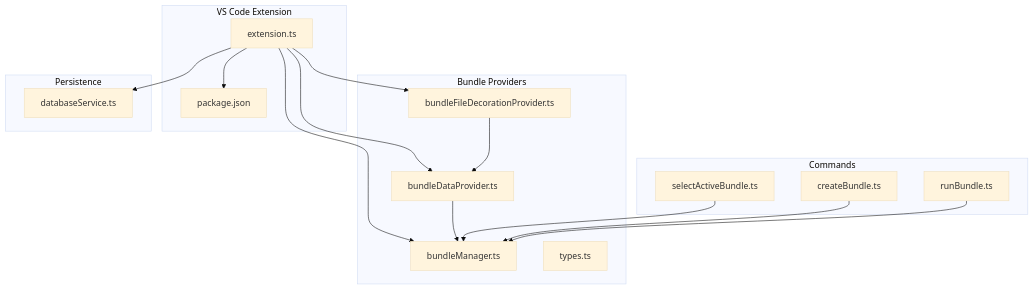
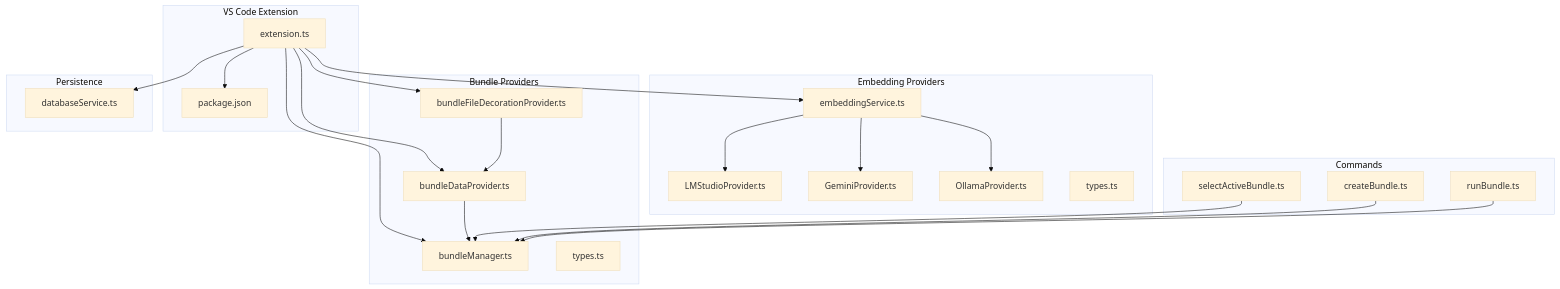
The first of 11 diagrams in .qoder/repowiki/en/content/Storage System/Provider Patterns and Integration.md (bramburn/repomix-runner), drawn with Mermaid (base theme) before and after one commit. The commit also changed other lines of this file and 19 other files, not shown here.

````diff
--- a/.qoder/repowiki/en/content/Storage System/Provider Patterns and Integration.md
+++ b/.qoder/repowiki/en/content/Storage System/Provider Patterns and Integration.md
@@ -49,31 +67,42 @@
 ```mermaid
 graph TB
 subgraph "VS Code Extension"
 EXT["extension.ts"]
 PKG["package.json"]
 end
 subgraph "Bundle Providers"
 BDP["bundleDataProvider.ts"]
 BFD["bundleFileDecorationProvider.ts"]
 BM["bundleManager.ts"]
 TYP["types.ts"]
+end
+subgraph "Embedding Providers"
+LMP["LMStudioProvider.ts"]
+GMP["GeminiProvider.ts"]
+OMP["OllamaProvider.ts"]
+ETS["embeddingService.ts"]
+TYP2["types.ts"]
 end
 subgraph "Commands"
 SAB["selectActiveBundle.ts"]
 CB["createBundle.ts"]
 RB["runBundle.ts"]
 end
 subgraph "Persistence"
 DB["databaseService.ts"]
 end
 EXT --> BDP
 EXT --> BFD
 EXT --> BM
 EXT --> PKG
 BDP --> BM
 BFD --> BDP
 SAB --> BM
 CB --> BM
 RB --> BM
 EXT --> DB
+EXT --> ETS
+ETS --> LMP
+ETS --> GMP
+ETS --> OMP
 ```
````
